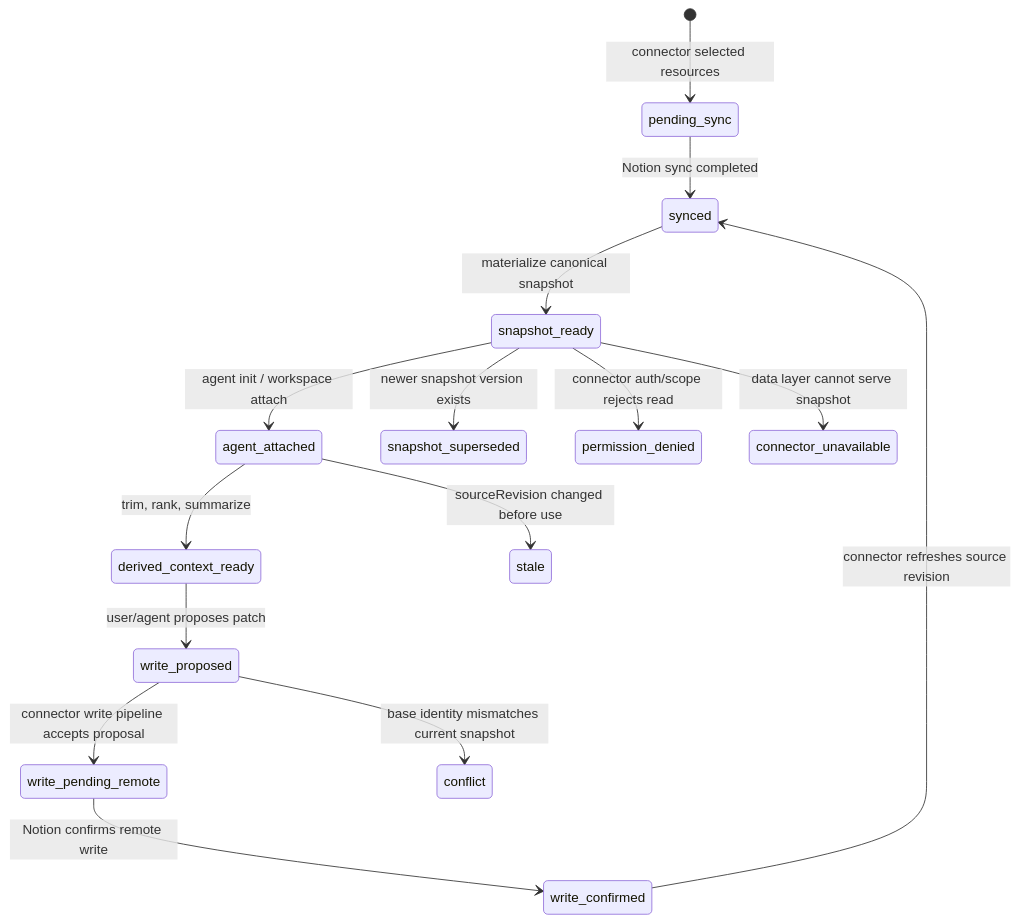
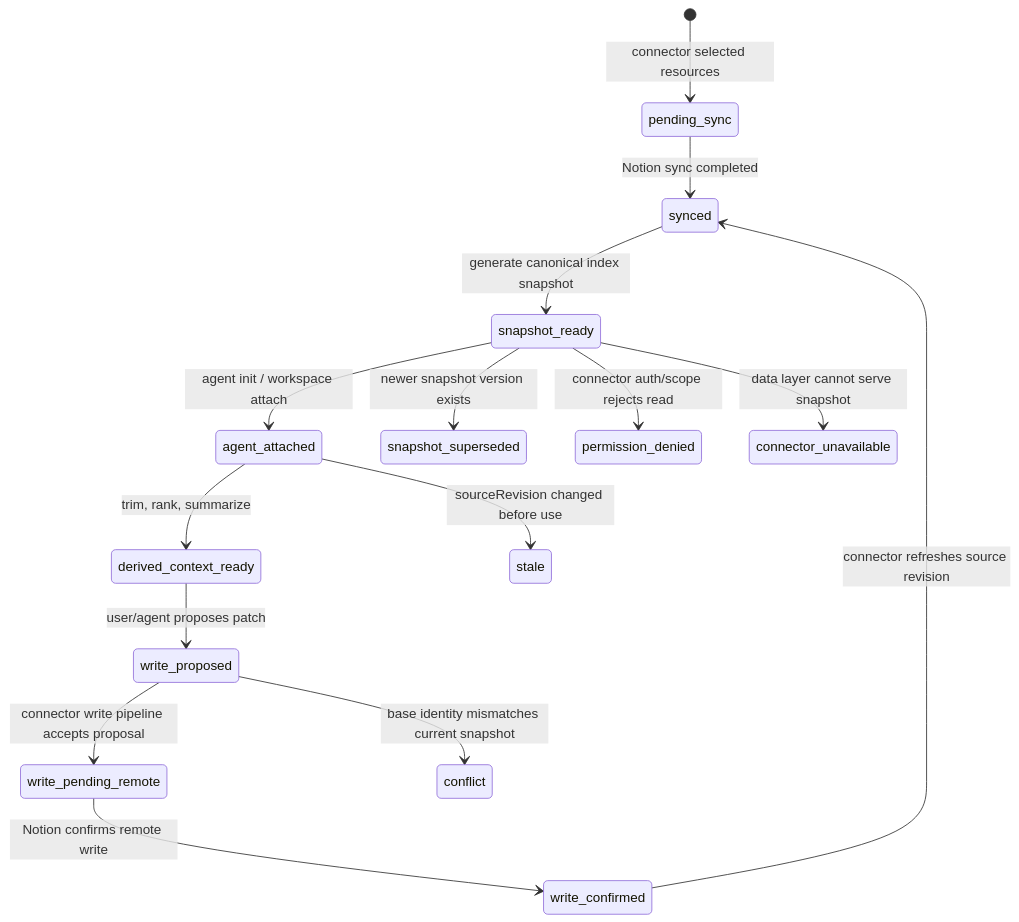
One commit to glide-the/im-dream changed the first of 4 diagrams in docs/design/claude-agent/notion-point/interaction-snapshot-lifecycle.md. Above: the diagram before and after it, drawn with Mermaid. The commit also changed other lines of this file and 51 other files, not shown here.

````diff
--- a/docs/design/claude-agent/notion-point/interaction-snapshot-lifecycle.md
+++ b/docs/design/claude-agent/notion-point/interaction-snapshot-lifecycle.md
@@ -62,17 +62,17 @@
 ```mermaid
 stateDiagram-v2
     [*] --> pending_sync: connector selected resources
     pending_sync --> synced: Notion sync completed
-    synced --> snapshot_ready: materialize canonical snapshot
+    synced --> snapshot_ready: generate canonical index snapshot
     snapshot_ready --> agent_attached: agent init / workspace attach
     agent_attached --> derived_context_ready: trim, rank, summarize
     derived_context_ready --> write_proposed: user/agent proposes patch
     write_proposed --> write_pending_remote: connector write pipeline accepts proposal
     write_pending_remote --> write_confirmed: Notion confirms remote write
     write_confirmed --> synced: connector refreshes source revision
     snapshot_ready --> snapshot_superseded: newer snapshot version exists
     agent_attached --> stale: sourceRevision changed before use
     write_proposed --> conflict: base identity mismatches current snapshot
     snapshot_ready --> permission_denied: connector auth/scope rejects read
     snapshot_ready --> connector_unavailable: data layer cannot serve snapshot
 ```
````
